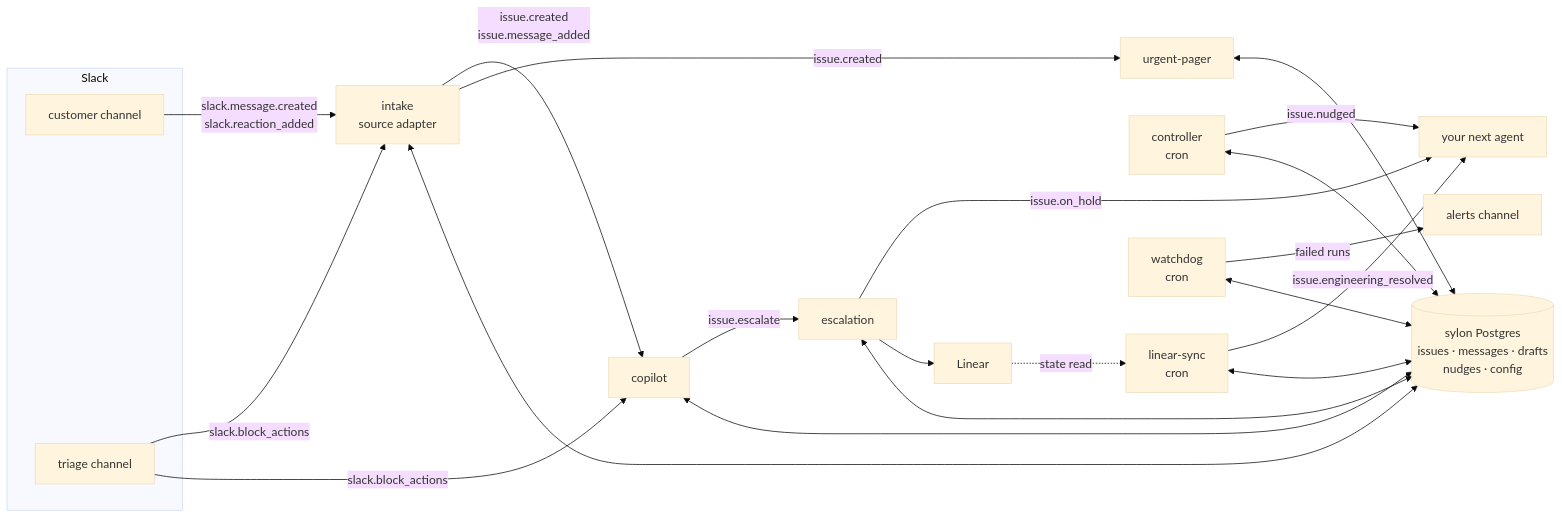
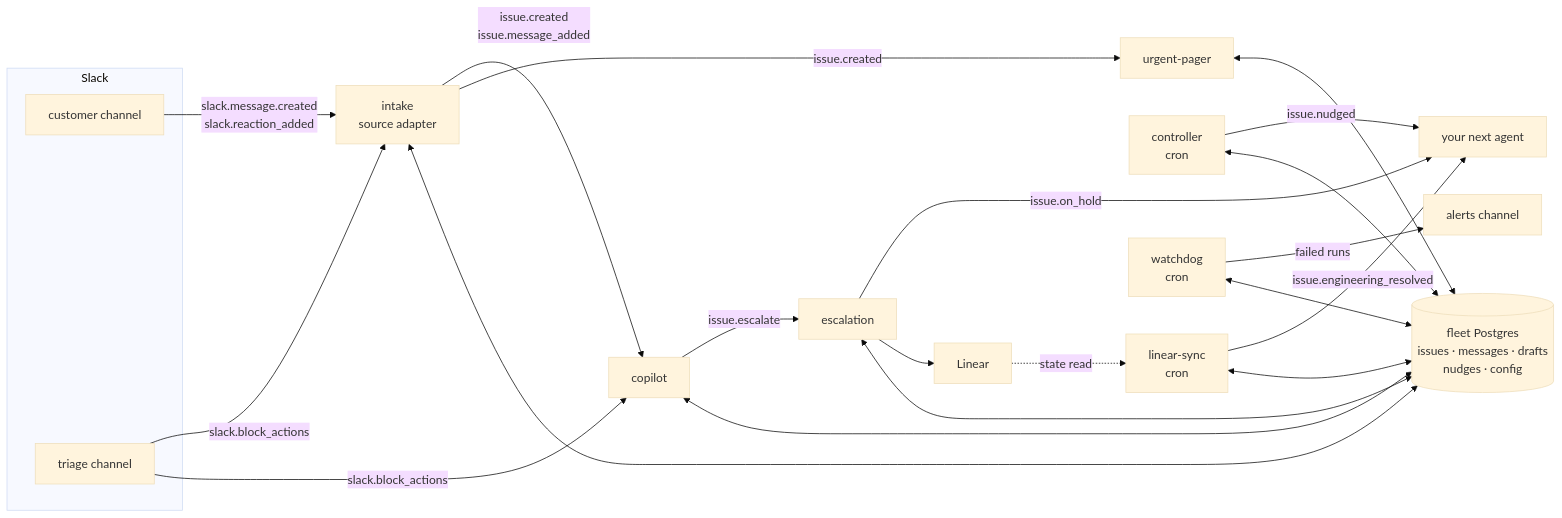
One commit to sapiom/sapiom-js changed the diagram in examples/support-desk/README.md. Above: the diagram before and after it, drawn with Mermaid (base theme). The commit also changed other lines of this file and 72 other files, not shown here.

````diff
--- a/examples/support-desk/README.md
+++ b/examples/support-desk/README.md
@@ -30,20 +30,20 @@
 ```mermaid
 flowchart LR
   subgraph Slack
     C[customer channel]
     T[triage channel]
   end
   C -- slack.message.created<br/>slack.reaction_added --> I[intake<br/>source adapter]
   T -- slack.block_actions --> I
   T -- slack.block_actions --> P[copilot]
   I -- issue.created<br/>issue.message_added --> P
   I -- issue.created --> U[urgent-pager]
   P -- issue.escalate --> E[escalation]
   E -- issue.on_hold --> F[your next agent]
   K[controller<br/>cron] -- issue.nudged --> F
   E --> L[Linear]
   L -. state read .-> S[linear-sync<br/>cron]
   S -- issue.engineering_resolved --> F
   W[watchdog<br/>cron] -- failed runs --> A[alerts channel]
-  I & P & E & K & U & S & W <--> DB[(sylon Postgres<br/>issues · messages · drafts<br/>nudges · config)]
+  I & P & E & K & U & S & W <--> DB[(fleet Postgres<br/>issues · messages · drafts<br/>nudges · config)]
 ```
````
